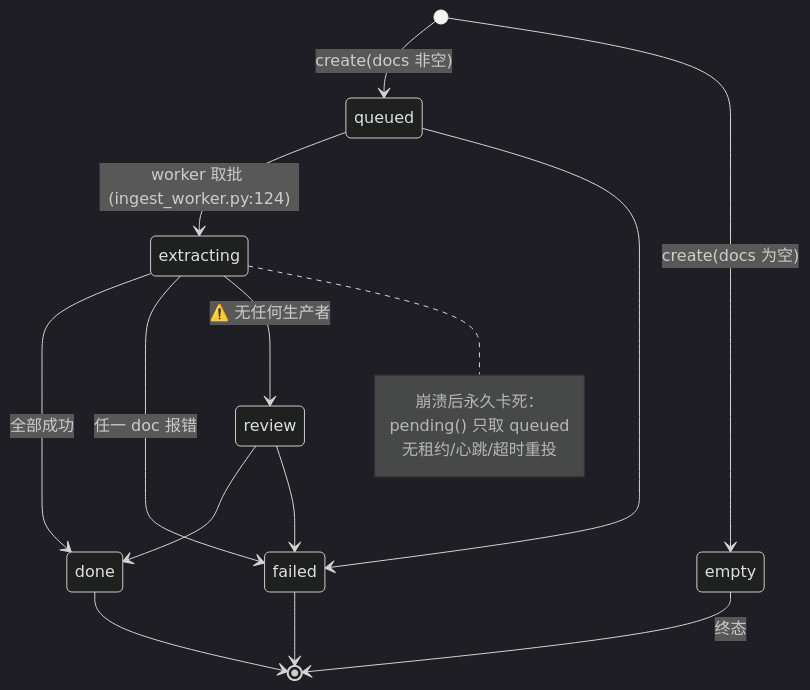
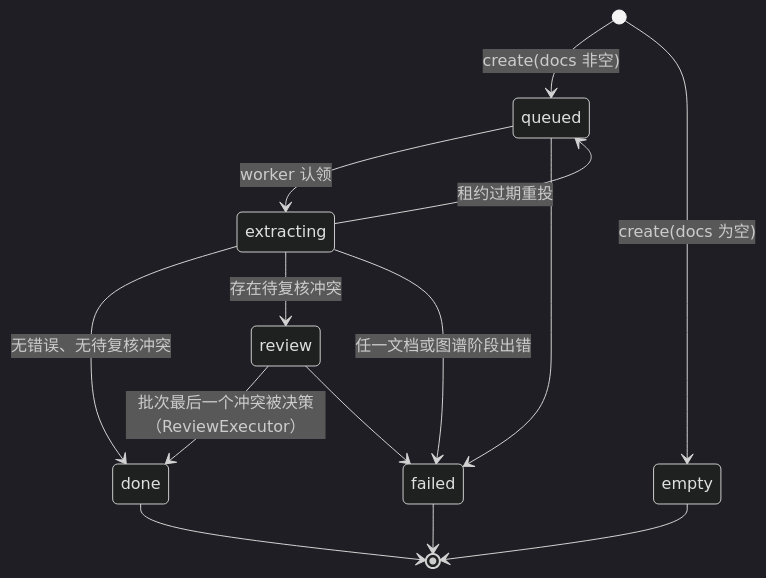
Before and after one commit to RightCloudhub/AG: the fourth of 5 diagrams in docs/design/BUSINESS_LOGIC.md, drawn with Mermaid (dark theme). The commit also changed other lines of this file and 42 other files, not shown here.

````diff
--- a/docs/design/BUSINESS_LOGIC.md
+++ b/docs/design/BUSINESS_LOGIC.md
@@ -171,20 +168,16 @@
 ```mermaid
 stateDiagram-v2
     [*] --> queued: create(docs 非空)
     [*] --> empty: create(docs 为空)
-    queued --> extracting: worker 取批 (ingest_worker.py:124)
+    queued --> extracting: worker 认领
     queued --> failed
-    extracting --> done: 全部成功
-    extracting --> failed: 任一 doc 报错
-    extracting --> review: ⚠️ 无任何生产者
-    review --> done
+    extracting --> queued: 租约过期重投
+    extracting --> done: 无错误、无待复核冲突
+    extracting --> review: 存在待复核冲突
+    extracting --> failed: 任一文档或图谱阶段出错
+    review --> done: 批次最后一个冲突被决策（ReviewExecutor）
     review --> failed
-    empty --> [*]: 终态
     done --> [*]
     failed --> [*]
-    note right of extracting
-      崩溃后永久卡死：
-      pending() 只取 queued
-      无租约/心跳/超时重投
-    end note
+    empty --> [*]
 ```
````
